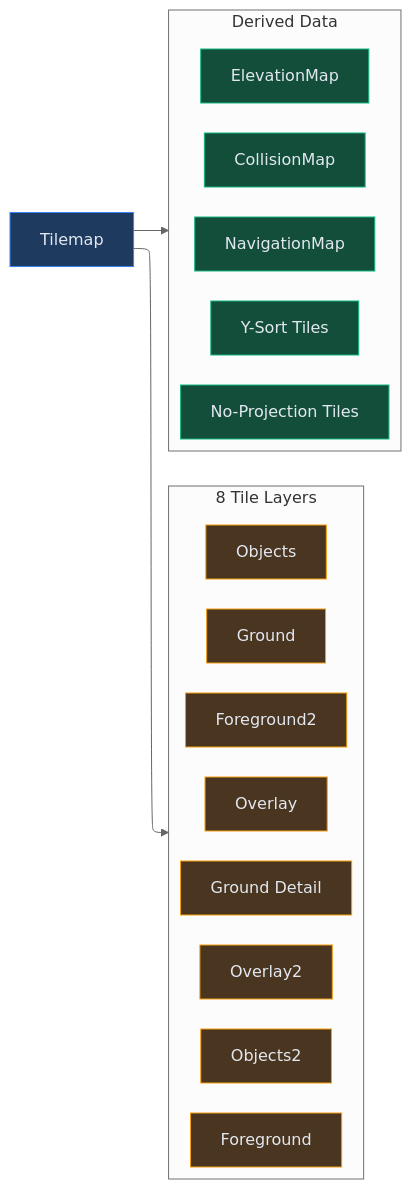
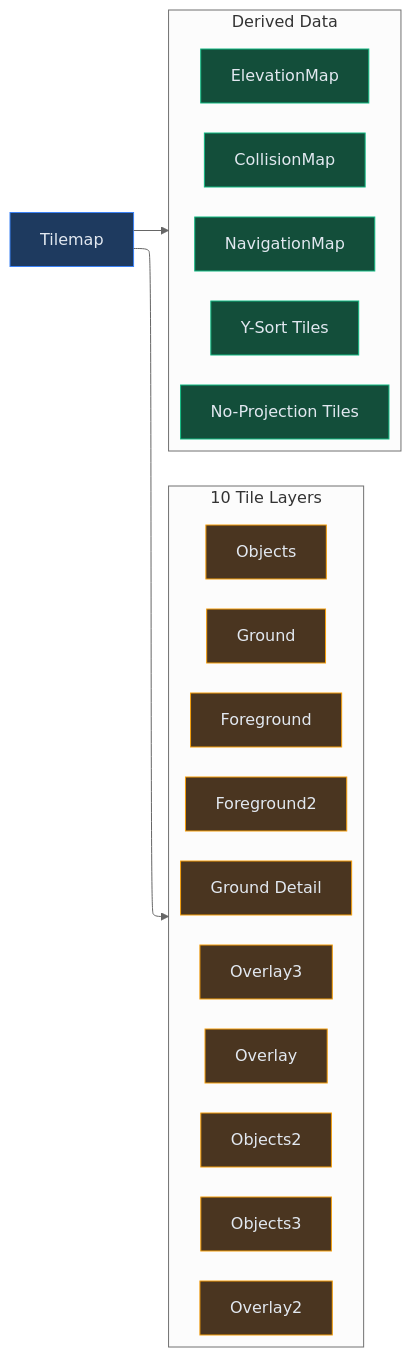
One commit to baaz777/rift changed the fifth of 8 diagrams in docs/ARCHITECTURE.md. Above: the diagram before and after it, drawn with Mermaid (neutral theme). The commit also changed other lines of this file, not shown here.

```diff
--- a/docs/ARCHITECTURE.md
+++ b/docs/ARCHITECTURE.md
@@ -287,34 +287,36 @@
 <pre class="mermaid">
 ---
 config:
   layout: elk
 ---
 graph LR
     classDef primary fill:#1e3a5f,stroke:#3b82f6,color:#e2e8f0
     classDef derived fill:#134e3a,stroke:#10b981,color:#e2e8f0
     classDef data fill:#4a3520,stroke:#f59e0b,color:#e2e8f0
 
     Tilemap["Tilemap"]:::primary
 
-    subgraph Layers["8 Tile Layers"]
+    subgraph Layers["10 Tile Layers"]
         L0["Ground"]:::data
         L1["Ground Detail"]:::data
         L2["Objects"]:::data
         L3["Objects2"]:::data
-        L4["Foreground"]:::data
-        L5["Foreground2"]:::data
-        L6["Overlay"]:::data
-        L7["Overlay2"]:::data
+        L4["Objects3"]:::data
+        L5["Foreground"]:::data
+        L6["Foreground2"]:::data
+        L7["Overlay"]:::data
+        L8["Overlay2"]:::data
+        L9["Overlay3"]:::data
     end
 
     subgraph Derived["Derived Data"]
         Collision["CollisionMap"]:::derived
         Navigation["NavigationMap"]:::derived
         Elevation["ElevationMap"]:::derived
         YSort["Y-Sort Tiles"]:::derived
         NoProj["No-Projection Tiles"]:::derived
     end
 
     Tilemap --> Layers
     Tilemap --> Derived
 </pre>
```
